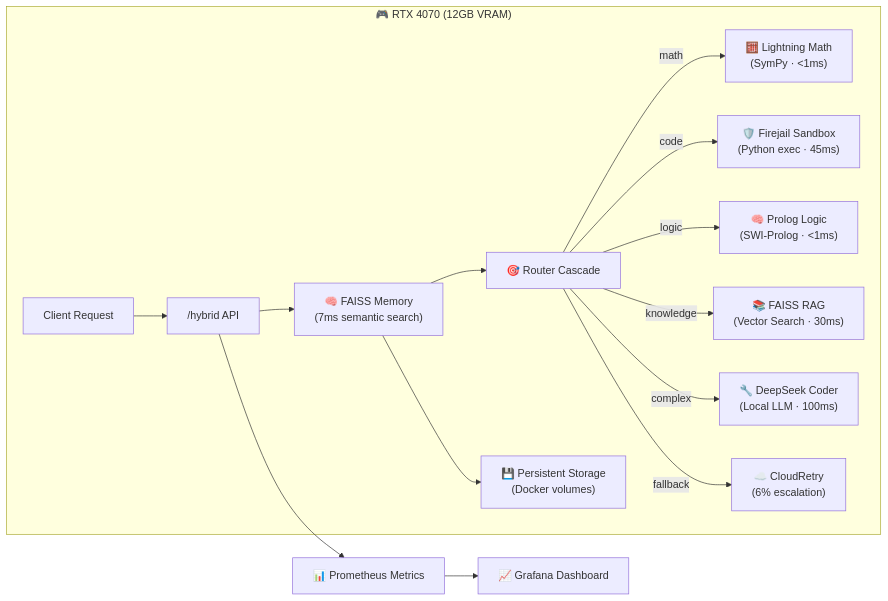
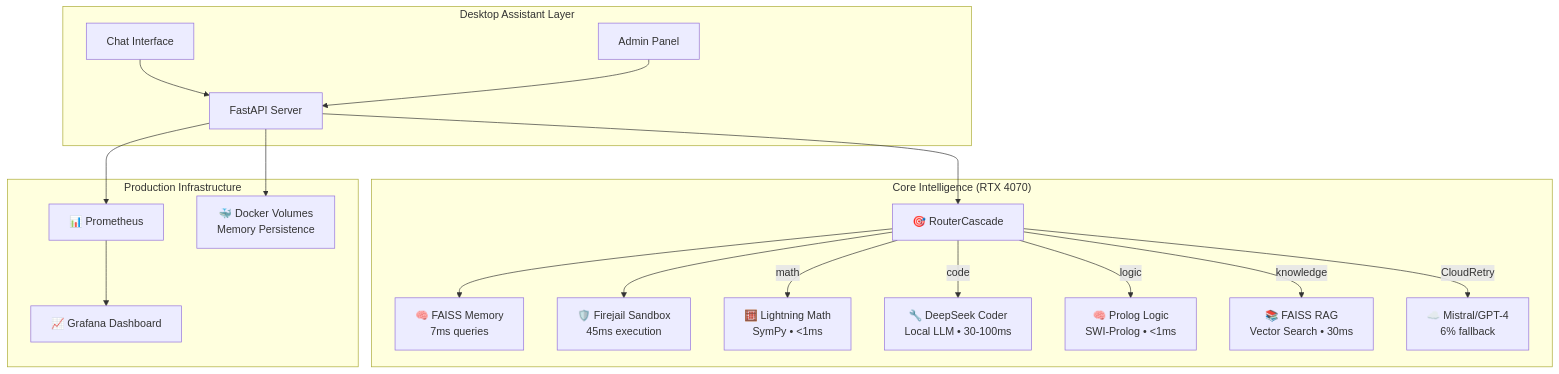
Before and after one commit to democratizeAI/council: the diagram in README.md, drawn with Mermaid. The commit also changed other lines of this file and 13 other files, not shown here.

````diff
--- a/README.md
+++ b/README.md
@@ -37,20 +81,25 @@
 ```mermaid
-flowchart LR
-    subgraph RTX4070["🎮 RTX 4070 (12GB VRAM)"]
-        Client[Client Request] --> API["/hybrid API"]
-        API --> Memory["🧠 FAISS Memory<br/>(7ms semantic search)"]
-        Memory --> Router["🎯 Router Cascade"]
-        
-        Router -->|math| Math["🧮 Lightning Math<br/>(SymPy · <1ms)"]
-        Router -->|code| Sandbox["🛡️ Firejail Sandbox<br/>(Python exec · 45ms)"]
-        Router -->|logic| Logic["🧠 Prolog Logic<br/>(SWI-Prolog · <1ms)"]
-        Router -->|knowledge| RAG["📚 FAISS RAG<br/>(Vector Search · 30ms)"]
-        Router -->|complex| LLM["🔧 DeepSeek Coder<br/>(Local LLM · 100ms)"]
-        Router -->|fallback| Cloud["☁️ CloudRetry<br/>(6% escalation)"]
-        
-        Memory --> Store["💾 Persistent Storage<br/>(Docker volumes)"]
+flowchart TB
+    subgraph "Desktop Assistant Layer"
+        UI[Chat Interface] --> API[FastAPI Server]
+        Admin[Admin Panel] --> API
     end
     
-    API --> Metrics["📊 Prometheus Metrics"]
-    Metrics --> Grafana["📈 Grafana Dashboard"]
+    subgraph "Core Intelligence (RTX 4070)"
+        API --> Router[🎯 RouterCascade]
+        Router --> Memory[🧠 FAISS Memory<br/>7ms queries]
+        Router --> Sandbox[🛡️ Firejail Sandbox<br/>45ms execution]
+        
+        Router -->|math| Math[🧮 Lightning Math<br/>SymPy • <1ms]
+        Router -->|code| Code[🔧 DeepSeek Coder<br/>Local LLM • 30-100ms]
+        Router -->|logic| Logic[🧠 Prolog Logic<br/>SWI-Prolog • <1ms]
+        Router -->|knowledge| RAG[📚 FAISS RAG<br/>Vector Search • 30ms]
+        Router -->|CloudRetry| Cloud[☁️ Mistral/GPT-4<br/>6% fallback]
+    end
+    
+    subgraph "Production Infrastructure"
+        API --> Metrics[📊 Prometheus]
+        Metrics --> Grafana[📈 Grafana Dashboard]
+        API --> Docker[🐳 Docker Volumes<br/>Memory Persistence]
+    end
 ```
````
